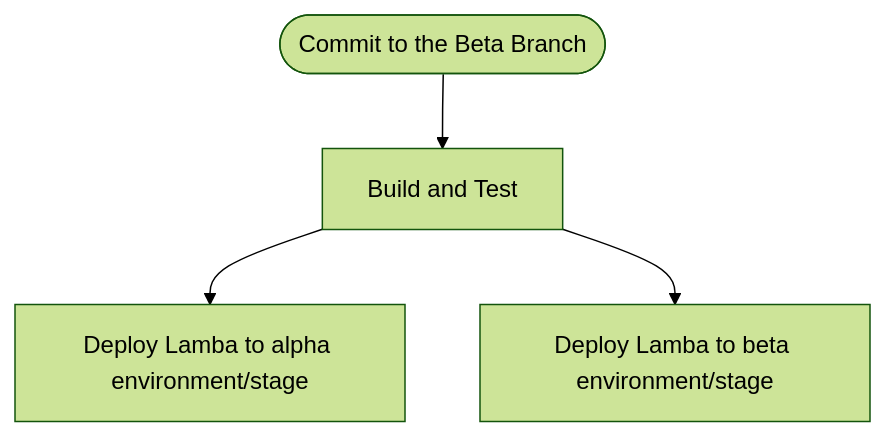
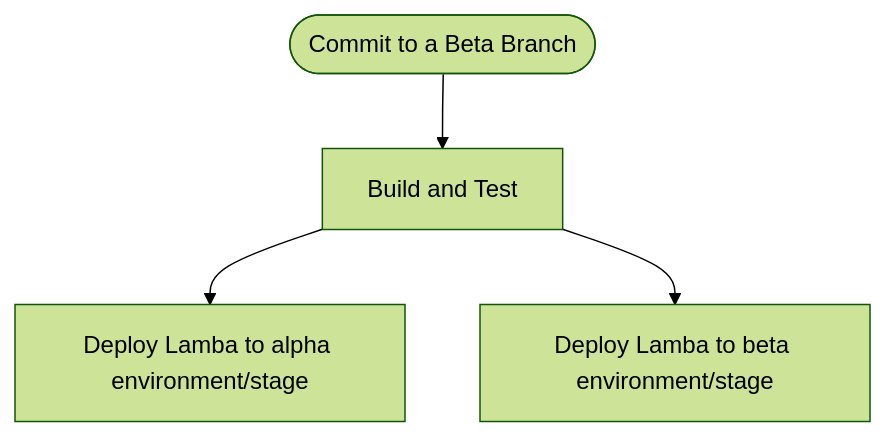
The second of 3 diagrams in .github/workflows/README.md (bogeorge/githubworkflow), drawn with Mermaid (forest theme) before and after one commit. The commit also changed other lines of this file and 5 other files, not shown here.

````diff
--- a/.github/workflows/README.md
+++ b/.github/workflows/README.md
@@ -36,7 +47,7 @@
 ```mermaid
 graph TD;
-    id1([Commit to the Beta Branch])
+    id1([Commit to a Beta Branch])
     -->id2[Build and Test]
     id2 --> id3[Deploy Lamba to alpha environment/stage]
     id2 --> id4[Deploy Lamba to beta environment/stage]
 ```   
````
